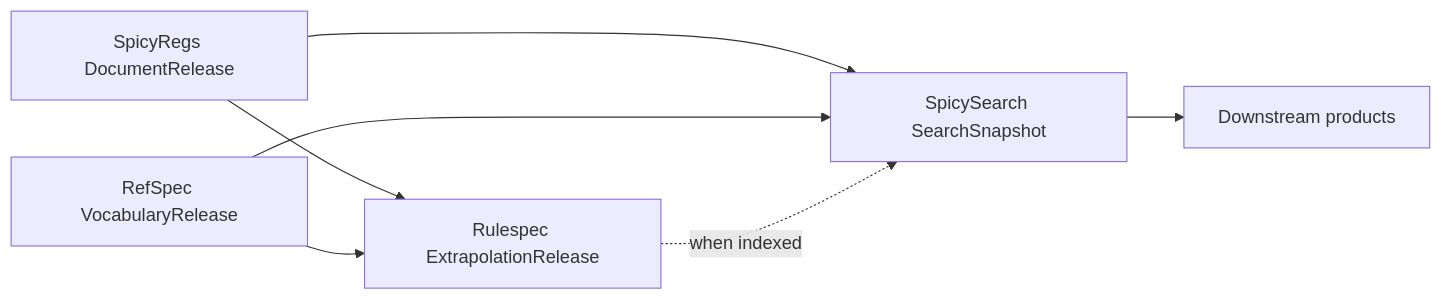
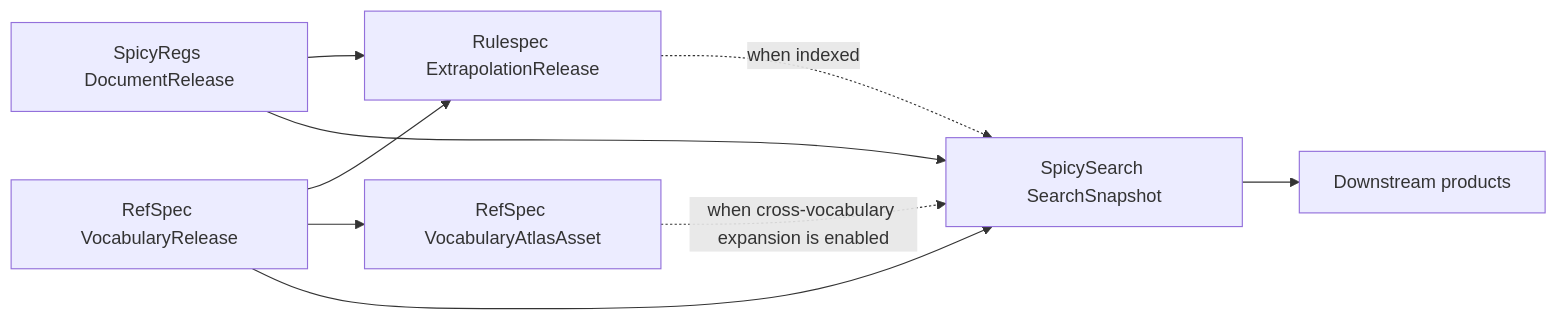
One commit to mikewolfd/spicy-regs changed the third of 3 diagrams in docs/superpowers/specs/2026-07-31-spicysearch-product-boundary-and-extraction-plan.md. Above: the diagram before and after it, drawn with Mermaid. The commit also changed other lines of this file and 2 other files, not shown here.

Commit message:
docs(product): move vocabulary atlas ownership to RefSpec

````diff
--- a/docs/superpowers/specs/2026-07-31-spicysearch-product-boundary-and-extraction-plan.md
+++ b/docs/superpowers/specs/2026-07-31-spicysearch-product-boundary-and-extraction-plan.md
@@ -648,9 +661,11 @@
 ```mermaid
 flowchart LR
     DR["SpicyRegs DocumentRelease"] --> ER["Rulespec ExtrapolationRelease"]
     VR["RefSpec VocabularyRelease"] --> ER
+    VR --> VA["RefSpec VocabularyAtlasAsset"]
     DR --> SS["SpicySearch SearchSnapshot"]
     VR --> SS
+    VA -. "when cross-vocabulary expansion is enabled" .-> SS
     ER -. "when indexed" .-> SS
     SS --> DP["Downstream products"]
 ```
````
